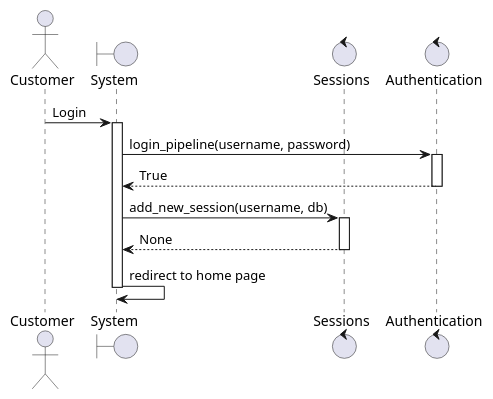
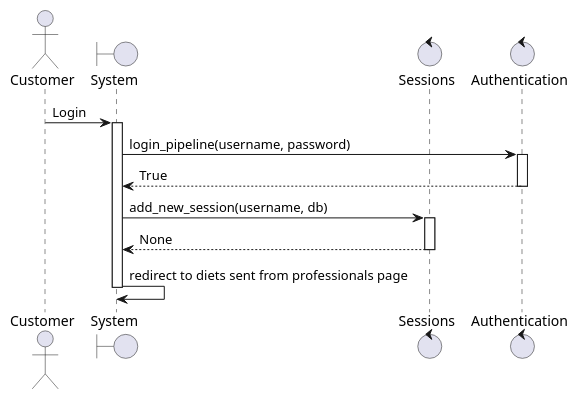
Before and after one commit to david-gary/onlineStoreTemplate: the diagram in docs/diagrams/sequences/diets_from_professionals.puml, drawn with PlantUML. The commit also changed 24 other files, not shown here.

```diff
--- a/docs/diagrams/sequences/diets_from_professionals.puml
+++ b/docs/diagrams/sequences/diets_from_professionals.puml
@@ -1,18 +1,18 @@
 @startuml login
 actor Customer
 boundary "System" as system
 control "Sessions" as sessions
 control "Authentication" as auth
 Customer -> system: Login
 activate system
 system -> auth: login_pipeline(username, password)
 activate auth
 auth --> system: True
 deactivate auth
 system -> sessions: add_new_session(username, db)
 activate sessions
 sessions --> system: None
 deactivate sessions
-system -> system: redirect to home page
+system -> system: redirect to diets sent from professionals page
 deactivate system
 @enduml
```
